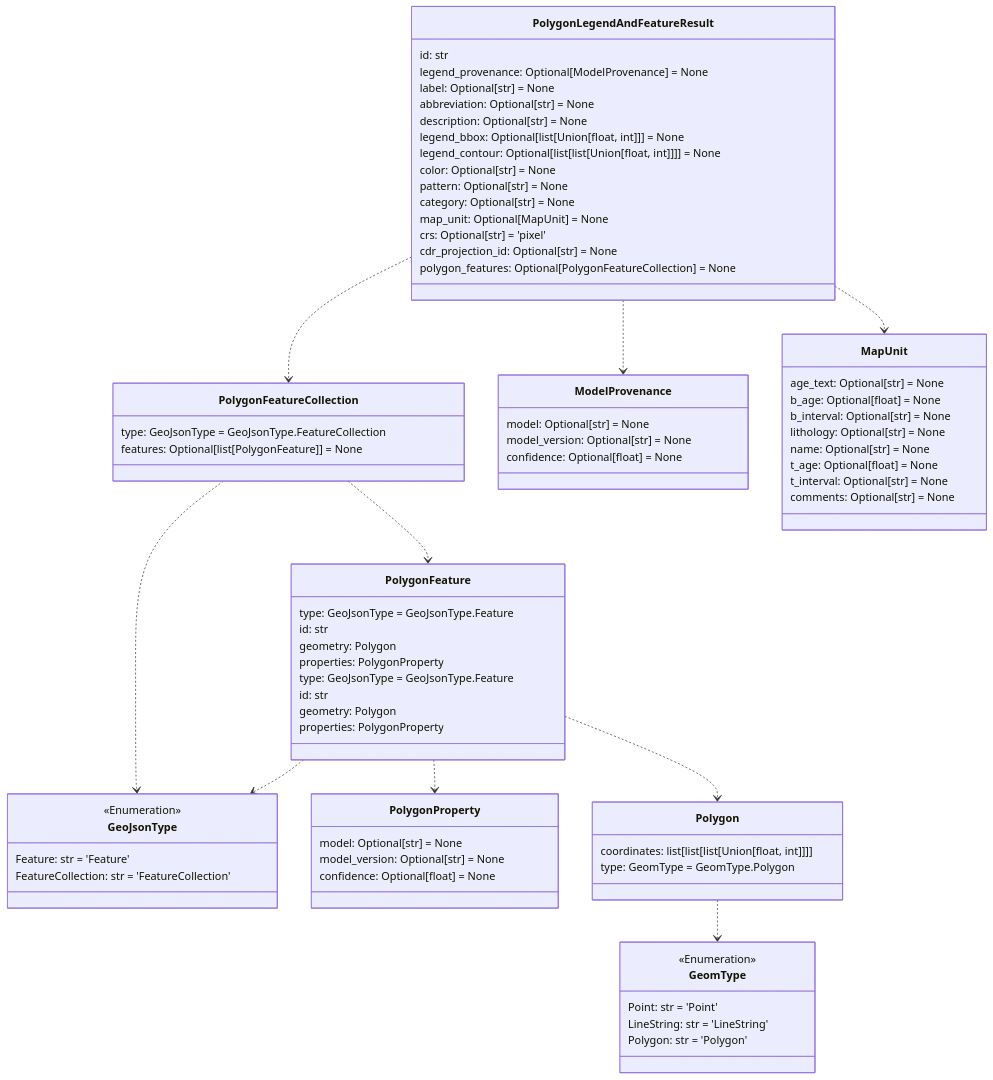
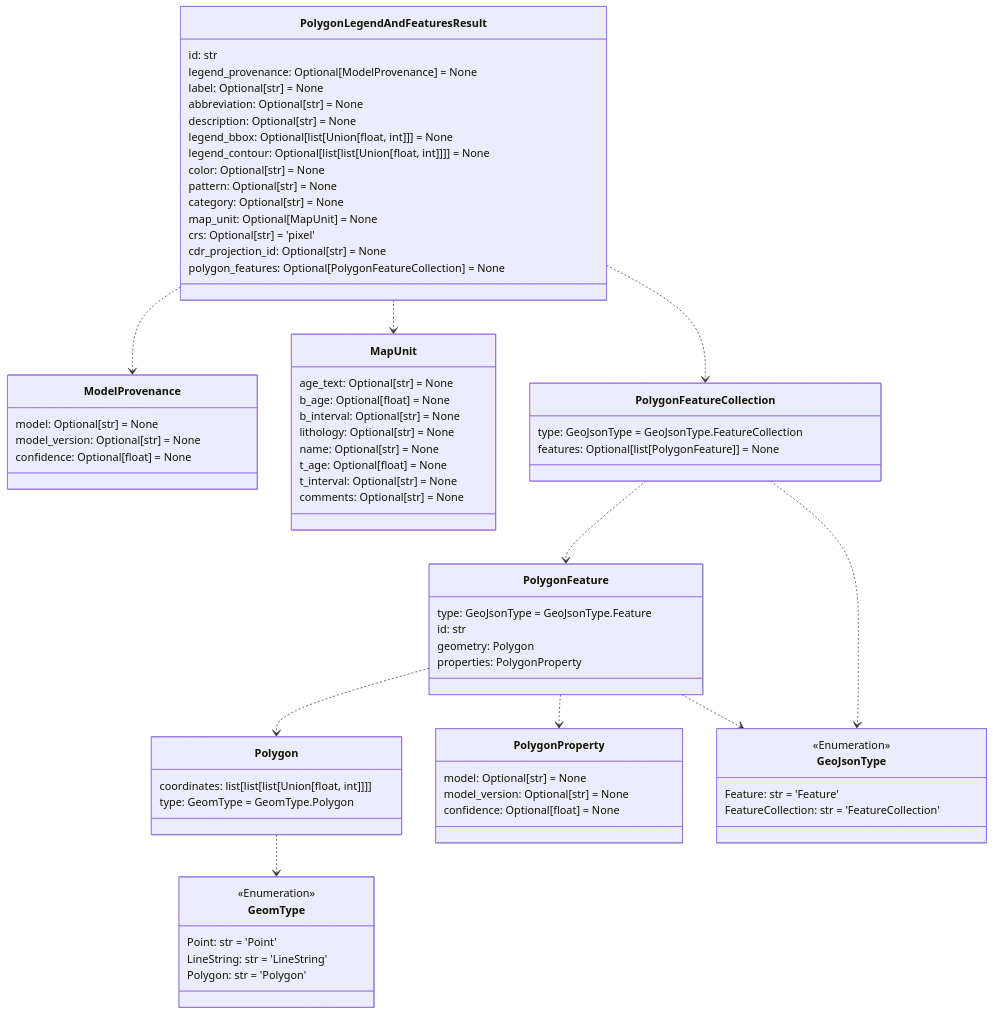
The seventh of 12 diagrams in README.md (DARPA-CRITICALMAAS/cdr_schemas), drawn with Mermaid before and after one commit. The commit also changed other lines of this file, not shown here.

````diff
--- a/README.md
+++ b/README.md
@@ -557,11 +520,5 @@
 ```mermaid
 classDiagram
-
-    class GeoJsonType {
-        <<Enumeration>>
-        Feature: str = 'Feature'
-        FeatureCollection: str = 'FeatureCollection'
-    }
 
     class ModelProvenance {
         model: Optional[str] = None
@@ -569,7 +526,23 @@
         confidence: Optional[float] = None
     }
 
-    class PolygonLegendAndFeatureResult {
+    class MapUnit {
+        age_text: Optional[str] = None
+        b_age: Optional[float] = None
+        b_interval: Optional[str] = None
+        lithology: Optional[str] = None
+        name: Optional[str] = None
+        t_age: Optional[float] = None
+        t_interval: Optional[str] = None
+        comments: Optional[str] = None
+    }
+
+    class Polygon {
+        coordinates: list[list[list[Union[float, int]]]]
+        type: GeomType = GeomType.Polygon
+    }
+
+    class PolygonLegendAndFeaturesResult {
         id: str
         legend_provenance: Optional[ModelProvenance] = None
         label: Optional[str] = None
@@ -586,6 +559,11 @@
         polygon_features: Optional[PolygonFeatureCollection] = None
     }
 
+    class PolygonFeatureCollection {
+        type: GeoJsonType = GeoJsonType.FeatureCollection
+        features: Optional[list[PolygonFeature]] = None
+    }
+
     class PolygonFeature {
         type: GeoJsonType = GeoJsonType.Feature
         id: str
@@ -593,15 +571,10 @@
         properties: PolygonProperty
     }
 
-    class MapUnit {
-        age_text: Optional[str] = None
-        b_age: Optional[float] = None
-        b_interval: Optional[str] = None
-        lithology: Optional[str] = None
-        name: Optional[str] = None
-        t_age: Optional[float] = None
-        t_interval: Optional[str] = None
-        comments: Optional[str] = None
+    class PolygonProperty {
+        model: Optional[str] = None
+        model_version: Optional[str] = None
+        confidence: Optional[float] = None
     }
 
     class GeomType {
@@ -611,38 +584,21 @@
         Polygon: str = 'Polygon'
     }
 
-    class PolygonFeatureCollection {
-        type: GeoJsonType = GeoJsonType.FeatureCollection
-        features: Optional[list[PolygonFeature]] = None
-    }
-
-    class Polygon {
-        coordinates: list[list[list[Union[float, int]]]]
-        type: GeomType = GeomType.Polygon
-    }
-
-    class PolygonProperty {
-        model: Optional[str] = None
-        model_version: Optional[str] = None
-        confidence: Optional[float] = None
-    }
-
-    class PolygonFeature {
-        type: GeoJsonType = GeoJsonType.Feature
-        id: str
-        geometry: Polygon
-        properties: PolygonProperty
+    class GeoJsonType {
+        <<Enumeration>>
+        Feature: str = 'Feature'
+        FeatureCollection: str = 'FeatureCollection'
     }
 
     Polygon ..> GeomType
-    PolygonFeature ..> GeoJsonType
     PolygonFeature ..> PolygonProperty
     PolygonFeature ..> Polygon
+    PolygonFeature ..> GeoJsonType
+    PolygonFeatureCollection ..> PolygonFeature
     PolygonFeatureCollection ..> GeoJsonType
-    PolygonFeatureCollection ..> PolygonFeature
-    PolygonLegendAndFeatureResult ..> PolygonFeatureCollection
-    PolygonLegendAndFeatureResult ..> ModelProvenance
-    PolygonLegendAndFeatureResult ..> MapUnit
+    PolygonLegendAndFeaturesResult ..> ModelProvenance
+    PolygonLegendAndFeaturesResult ..> PolygonFeatureCollection
+    PolygonLegendAndFeaturesResult ..> MapUnit
 
 
 ```
````
